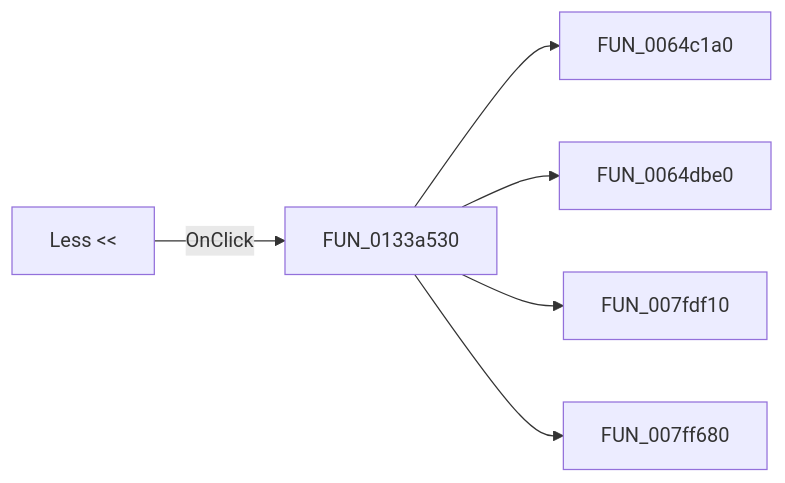
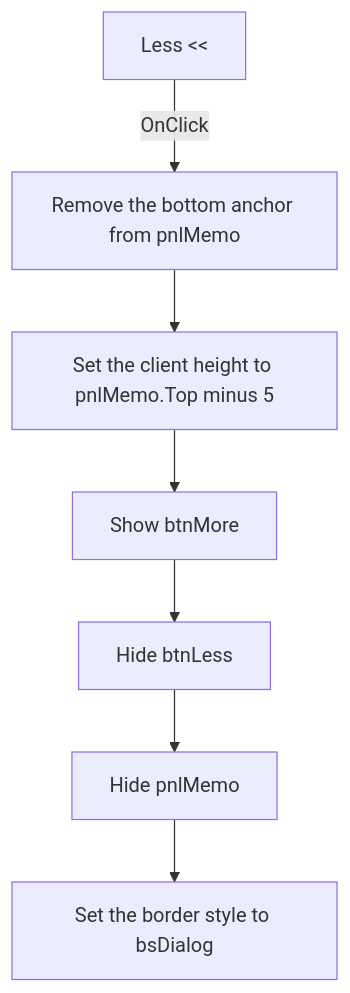
Before and after one commit to MovGP0/TIARA: the diagram in docs/ui-controls/frmtranconverror/btnless-ef9a2e1b33.md, drawn with Mermaid. The commit also changed other lines of this file and 387 other files, not shown here.

````diff
--- a/docs/ui-controls/frmtranconverror/btnless-ef9a2e1b33.md
+++ b/docs/ui-controls/frmtranconverror/btnless-ef9a2e1b33.md
@@ -27,8 +41,9 @@
 ```mermaid
-flowchart LR
-    control["Less <<"] -->|OnClick| handler["FUN_0133a530"]
-    handler --> call1["FUN_0064c1a0"]
-    handler --> call2["FUN_0064dbe0"]
-    handler --> call3["FUN_007fdf10"]
-    handler --> call4["FUN_007ff680"]
+flowchart TD
+    control["Less <<"] -->|OnClick| anchors["Remove the bottom anchor from pnlMemo"]
+    anchors --> shrink["Set the client height to pnlMemo.Top minus 5"]
+    shrink --> moreButton["Show btnMore"]
+    moreButton --> lessButton["Hide btnLess"]
+    lessButton --> detailPanel["Hide pnlMemo"]
+    detailPanel --> border["Set the border style to bsDialog"]
 ```
````
